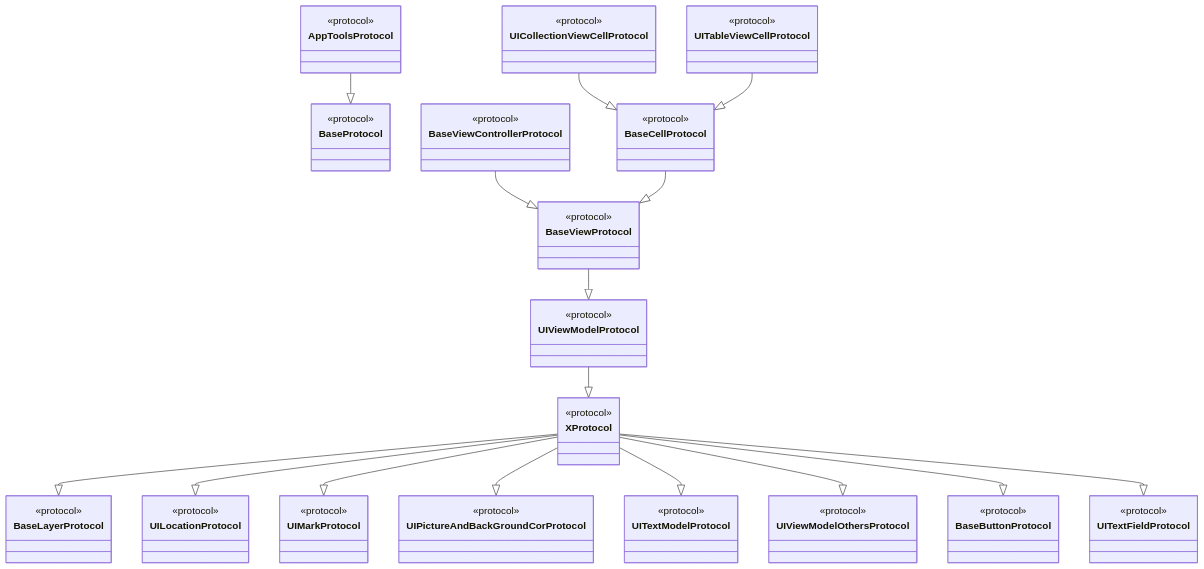
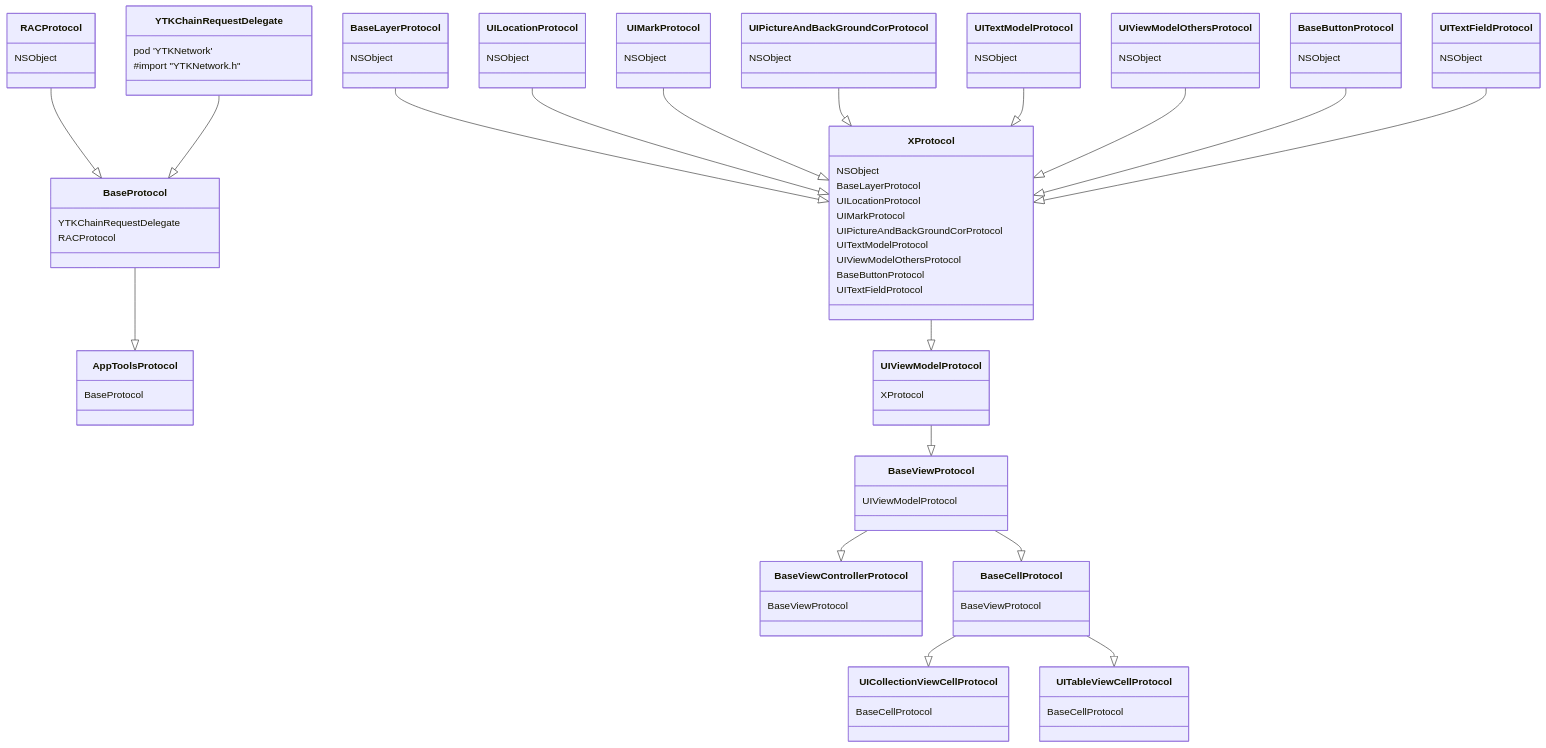
The diagram in JobsOCBaseConfigDemo/JobsOCBaseCustomizeUIKitCore/BaseProtocol/BaseProtocol.md (295060456/JobsOCBaseConfigDemo), drawn with Mermaid before and after one commit. The commit also changed 32 other files, not shown here.

````diff
--- a/JobsOCBaseConfigDemo/JobsOCBaseCustomizeUIKitCore/BaseProtocol/BaseProtocol.md
+++ b/JobsOCBaseConfigDemo/JobsOCBaseCustomizeUIKitCore/BaseProtocol/BaseProtocol.md
@@ -3,72 +3,93 @@
 ```mermaid
 classDiagram
+    class RACProtocol {
+        NSObject 
+    }
+    
+    class YTKChainRequestDelegate {
+        pod 'YTKNetwork'
+            #import "YTKNetwork.h"
+    }
+    
     class BaseProtocol {
-        <<protocol>>
+        YTKChainRequestDelegate
+        RACProtocol
     }
     class AppToolsProtocol {
-        <<protocol>>
+        BaseProtocol
     }
     class XProtocol {
-        <<protocol>>
+        NSObject
+        BaseLayerProtocol
+        UILocationProtocol
+        UIMarkProtocol
+        UIPictureAndBackGroundCorProtocol
+        UITextModelProtocol
+        UIViewModelOthersProtocol
+        BaseButtonProtocol
+        UITextFieldProtocol
     }
     class UITextFieldProtocol {
-        <<protocol>>
+        NSObject
     }
     class BaseButtonProtocol {
-        <<protocol>>
+        NSObject
     }
     class BaseLayerProtocol {
-        <<protocol>>
+        NSObject
     }
     class UILocationProtocol {
-        <<protocol>>
+        NSObject
     }
     class UIMarkProtocol {
-        <<protocol>>
+        NSObject
     }
     class UIPictureAndBackGroundCorProtocol {
-        <<protocol>>
+        NSObject
     }
     class UITextModelProtocol {
-        <<protocol>>
+        NSObject
     }
     class UIViewModelOthersProtocol {
-        <<protocol>>
+        NSObject
     }
     class UIViewModelProtocol {
-        <<protocol>>
+        XProtocol
     }
     class BaseViewProtocol {
-        <<protocol>>
+        UIViewModelProtocol
     }
     class BaseViewControllerProtocol {
-        <<protocol>>
+        BaseViewProtocol
     }
     class BaseCellProtocol {
-        <<protocol>>
+        BaseViewProtocol
     }
     class UICollectionViewCellProtocol {
-        <<protocol>>
+        BaseCellProtocol
     }
     class UITableViewCellProtocol {
-        <<protocol>>
+        BaseCellProtocol
     }
 
-    AppToolsProtocol --|> BaseProtocol
-    XProtocol --|> BaseLayerProtocol
-    XProtocol --|> UILocationProtocol
-    XProtocol --|> UIMarkProtocol
-    XProtocol --|> UIPictureAndBackGroundCorProtocol
-    XProtocol --|> UITextModelProtocol
-    XProtocol --|> UIViewModelOthersProtocol
-    XProtocol --|> BaseButtonProtocol
-    XProtocol --|> UITextFieldProtocol
-
-    UIViewModelProtocol --|> XProtocol
-    BaseViewProtocol --|> UIViewModelProtocol
-    BaseViewControllerProtocol --|> BaseViewProtocol
-    BaseCellProtocol --|> BaseViewProtocol
-    UICollectionViewCellProtocol --|> BaseCellProtocol
-    UITableViewCellProtocol --|> BaseCellProtocol
+    RACProtocol --|> BaseProtocol
+    YTKChainRequestDelegate --|> BaseProtocol
+    BaseProtocol --|> AppToolsProtocol
+    
+    BaseLayerProtocol --|> XProtocol
+    UILocationProtocol --|> XProtocol
+    UIMarkProtocol --|> XProtocol
+    UIPictureAndBackGroundCorProtocol --|> XProtocol
+    UITextModelProtocol --|> XProtocol
+    UIViewModelOthersProtocol --|> XProtocol
+    BaseButtonProtocol --|> XProtocol
+    UITextFieldProtocol --|> XProtocol
+    
+    XProtocol --|> UIViewModelProtocol
+    UIViewModelProtocol --|> BaseViewProtocol
+    BaseViewProtocol --|> BaseViewControllerProtocol
+    BaseViewProtocol --|> BaseCellProtocol
+    BaseCellProtocol --|> UICollectionViewCellProtocol
+    BaseCellProtocol --|> UITableViewCellProtocol
 
 ```
````
